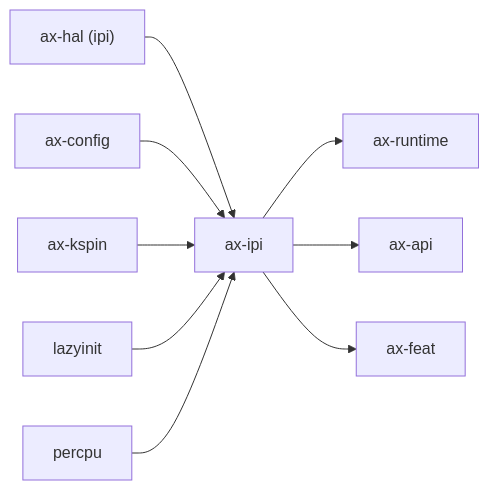
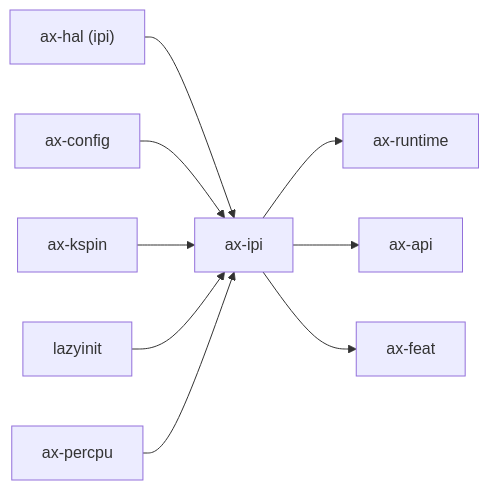
Before and after one commit to zKurisu/tgoskits: the second of 2 diagrams in docs/crates/ax-ipi.md, drawn with Mermaid. The commit also changed other lines of this file and 71 other files, not shown here.

````diff
--- a/docs/crates/ax-ipi.md
+++ b/docs/crates/ax-ipi.md
@@ -77,12 +77,12 @@
 ```mermaid
 graph LR
     ax-hal["ax-hal (ipi)"] --> ax-ipi["ax-ipi"]
     axconfig["ax-config"] --> ax-ipi
     ax_kspin["ax-kspin"] --> ax-ipi
     lazyinit["lazyinit"] --> ax-ipi
-    percpu["percpu"] --> ax-ipi
+    ax-percpu["ax-percpu"] --> ax-ipi
 
     ax-ipi --> ax-runtime["ax-runtime"]
     ax-ipi --> ax-api["ax-api"]
     ax-ipi --> ax-feat["ax-feat"]
 ```
````
